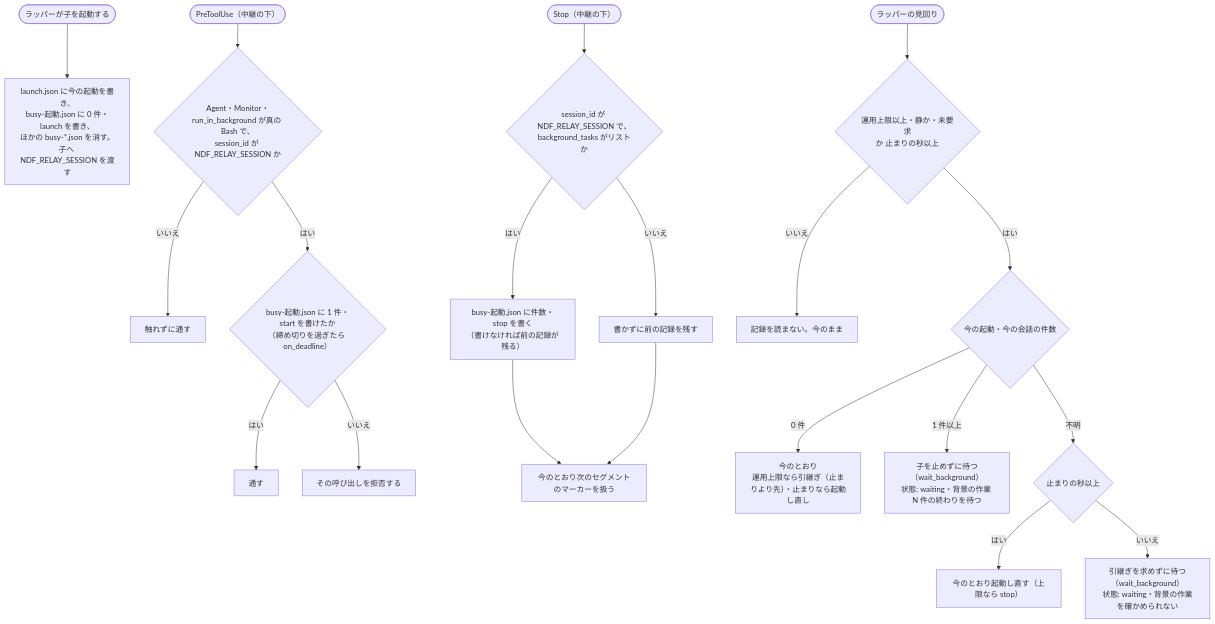
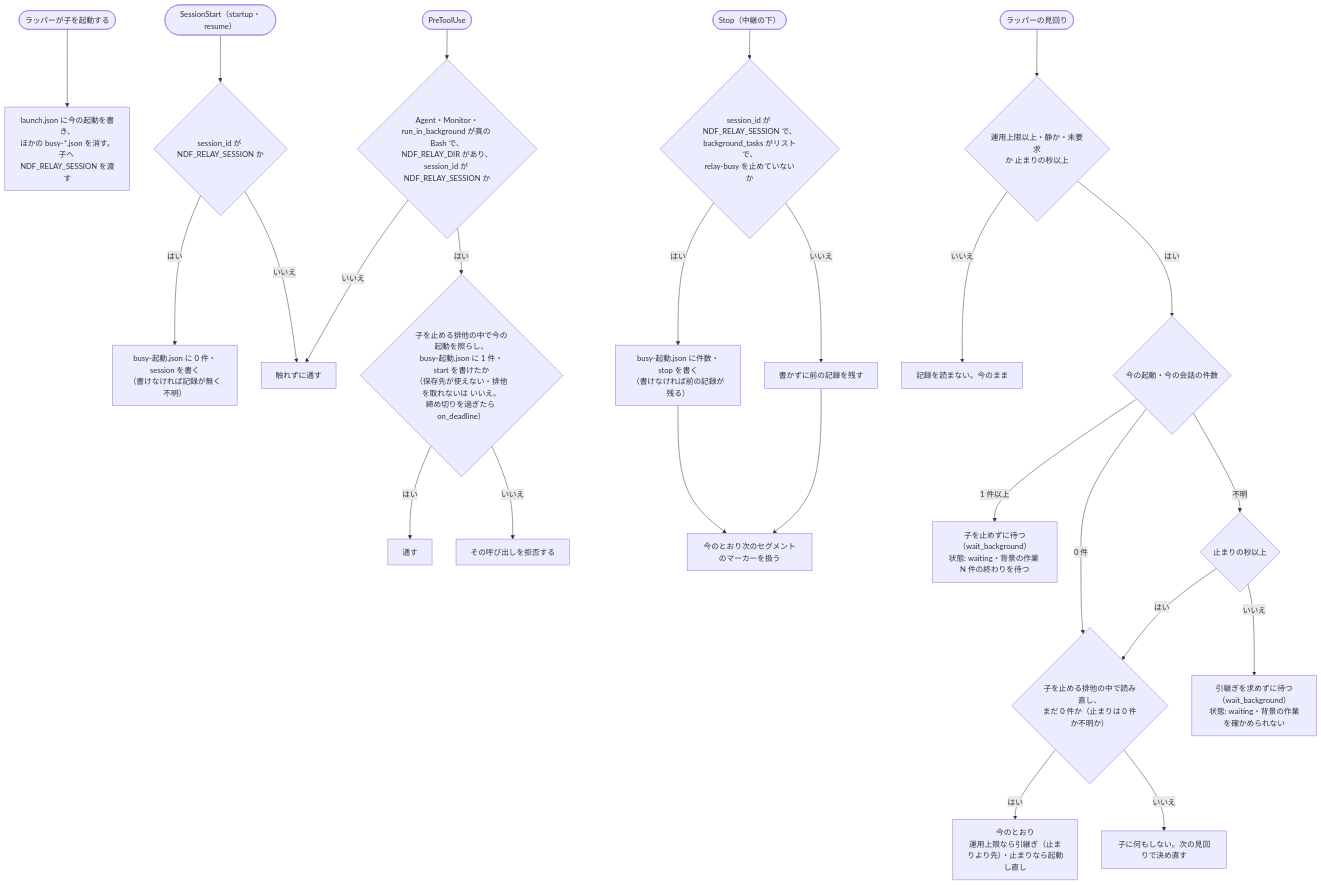
Before and after one commit to devbasex/ai-plugins: the third of 3 diagrams in issues/issue-4049-design.md, drawn with Mermaid. The commit also changed other lines of this file and 1 other file, not shown here.

First line of the commit message:
Docs: 背景の作業の記録を子の SessionStart で始め、開始の記録とラッパーが子を止める直前の読み直しを子を止める排他で直列にし、relay-busy を context-limit の後に置く（#4049 のクロスレビュー r1-1〜r1-8）

````diff
--- a/issues/issue-4049-design.md
+++ b/issues/issue-4049-design.md
@@ -93,22 +93,27 @@
 ```mermaid
 flowchart TD
-  ST([ラッパーが子を起動する]) --> L0["launch.json に今の起動を書き、<br>busy-起動.json に 0 件・launch を書き、<br>ほかの busy-*.json を消す。<br>子へ NDF_RELAY_SESSION を渡す"]
-  PT([PreToolUse（中継の下）]) --> P1{"Agent・Monitor・<br>run_in_background が真の Bash で、<br>session_id が NDF_RELAY_SESSION か"}
+  ST([ラッパーが子を起動する]) --> L0["launch.json に今の起動を書き、<br>ほかの busy-*.json を消す。<br>子へ NDF_RELAY_SESSION を渡す"]
+  SS([SessionStart（startup・resume）]) --> SS1{"session_id が NDF_RELAY_SESSION か"}
+  SS1 -- はい --> SS2["busy-起動.json に 0 件・session を書く<br>（書けなければ記録が無く不明）"]
+  SS1 -- いいえ --> PN
+  PT([PreToolUse]) --> P1{"Agent・Monitor・<br>run_in_background が真の Bash で、<br>NDF_RELAY_DIR があり、<br>session_id が NDF_RELAY_SESSION か"}
   P1 -- いいえ --> PN[触れずに通す]
-  P1 -- はい --> P3{"busy-起動.json に 1 件・start を書けたか<br>（締め切りを過ぎたら on_deadline）"}
+  P1 -- はい --> P3{"子を止める排他の中で今の起動を照らし、<br>busy-起動.json に 1 件・start を書けたか<br>（保存先が使えない・排他を取れないは いいえ。<br>締め切りを過ぎたら on_deadline）"}
   P3 -- はい --> PA[通す]
   P3 -- いいえ --> PD[その呼び出しを拒否する]
-  SP([Stop（中継の下）]) --> S1{"session_id が NDF_RELAY_SESSION で、<br>background_tasks がリストか"}
+  SP([Stop（中継の下）]) --> S1{"session_id が NDF_RELAY_SESSION で、<br>background_tasks がリストで、<br>relay-busy を止めていないか"}
   S1 -- いいえ --> SN[書かずに前の記録を残す]
   S1 -- はい --> S3["busy-起動.json に件数・stop を書く<br>（書けなければ前の記録が残る）"]
   S3 --> S4[今のとおり次のセグメントのマーカーを扱う]
   SN --> S4
   Q([ラッパーの見回り]) --> O{"運用上限以上・静か・未要求<br>か 止まりの秒以上"}
   O -- いいえ --> QN["記録を読まない。今のまま"]
   O -- はい --> BG{"今の起動・今の会話の件数"}
-  BG -- 0 件 --> H["今のとおり<br>運用上限なら引継ぎ（止まりより先）・止まりなら起動し直し"]
+  BG -- 0 件 --> RC{"子を止める排他の中で読み直し、<br>まだ 0 件か（止まりは 0 件か不明か）"}
+  RC -- はい --> H["今のとおり<br>運用上限なら引継ぎ（止まりより先）・止まりなら起動し直し"]
+  RC -- いいえ --> QN2["子に何もしない。次の見回りで決め直す"]
   BG -- 1 件以上 --> WT["子を止めずに待つ（wait_background）<br>状態: waiting・背景の作業 N 件の終わりを待つ"]
   BG -- 不明 --> U{"止まりの秒以上"}
-  U -- はい --> RS["今のとおり起動し直す（上限なら stop）"]
+  U -- はい --> RC
   U -- いいえ --> WU["引継ぎを求めずに待つ（wait_background）<br>状態: waiting・背景の作業を確かめられない"]
 ```
````
